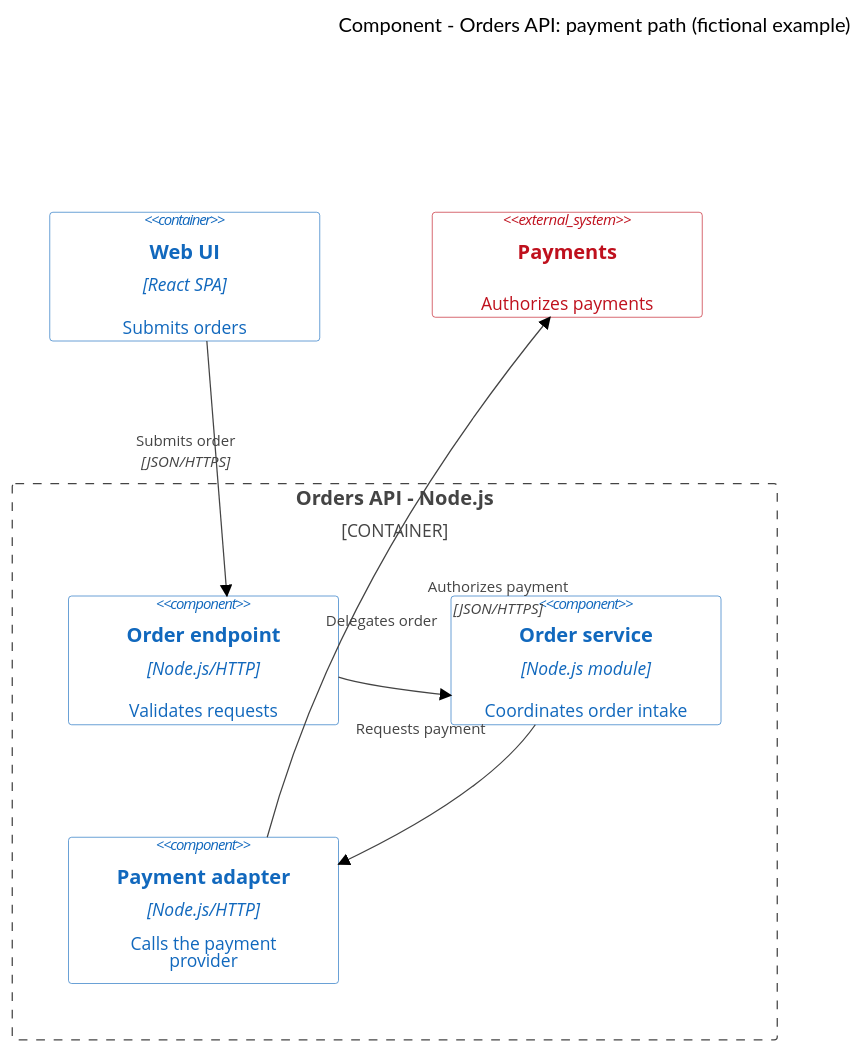
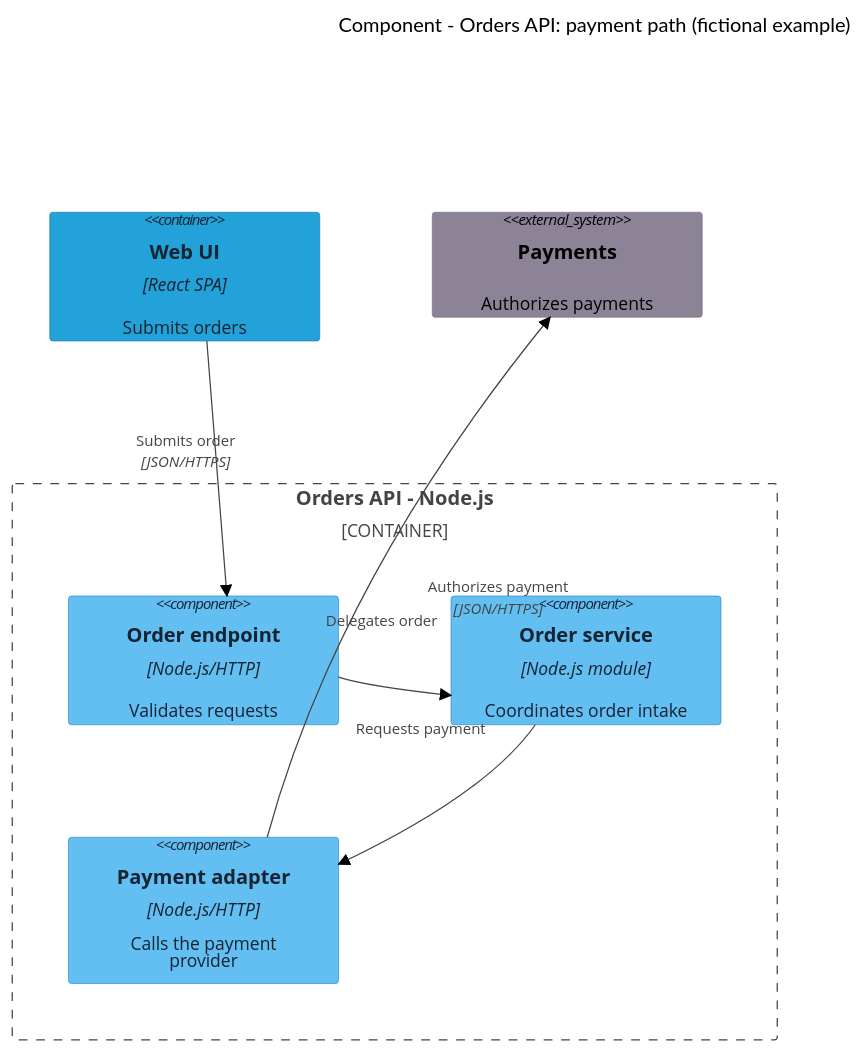
Before and after one commit to eccodolf/c4-mermaid: the diagram in plugins/c4-mermaid/skills/c4-mermaid/assets/templates/component.mmd, drawn with Mermaid (neutral theme). The commit also changed 134 other files, not shown here.

Commit message:
Require supplied native C4 assets and bundle reusable draw.io library

```diff
--- a/plugins/c4-mermaid/skills/c4-mermaid/assets/templates/component.mmd
+++ b/plugins/c4-mermaid/skills/c4-mermaid/assets/templates/component.mmd
@@ -1,36 +1,39 @@
 ---
 config:
   c4:
     c4ShapeMargin: 45
     c4ShapePadding: 10
     diagramMarginX: 15
     diagramMarginY: 15
 ---
 C4Component
 title Component - Orders API: payment path (fictional example)
 Container(web, "Web UI", "React SPA", "Submits orders")
 System_Ext(payments, "Payments", "Authorizes payments")
 Container_Boundary(api, "Orders API - Node.js") {
   Component(endpoint, "Order endpoint", "Node.js/HTTP", "Validates requests")
   Component(service, "Order service", "Node.js module", "Coordinates order intake")
   Component(adapter, "Payment adapter", "Node.js/HTTP", "Calls the payment<br/>provider")
 }
 Rel(web, endpoint, "Submits order", "JSON/HTTPS")
 Rel(endpoint, service, "Delegates order")
 Rel(service, adapter, "Requests payment")
 Rel(adapter, payments, "Authorizes payment", "JSON/HTTPS")
-UpdateElementStyle(web, $bgColor="#FFFFFF", $fontColor="#1168BD", $borderColor="#1168BD")
-UpdateElementStyle(payments, $bgColor="#FFFFFF", $fontColor="#BF101D", $borderColor="#BF101D")
-UpdateElementStyle(endpoint, $bgColor="#FFFFFF", $fontColor="#1168BD", $borderColor="#1168BD")
-UpdateElementStyle(service, $bgColor="#FFFFFF", $fontColor="#1168BD", $borderColor="#1168BD")
-UpdateElementStyle(adapter, $bgColor="#FFFFFF", $fontColor="#1168BD", $borderColor="#1168BD")
+UpdateElementStyle(web, $bgColor="#23A2D9", $fontColor="#152332", $borderColor="#0E7DAD")
+UpdateElementStyle(payments, $bgColor="#8C8496", $fontColor="#000000", $borderColor="#736782")
+UpdateElementStyle(endpoint, $bgColor="#63BEF2", $fontColor="#152332", $borderColor="#2086C9")
+UpdateElementStyle(service, $bgColor="#63BEF2", $fontColor="#152332", $borderColor="#2086C9")
+UpdateElementStyle(adapter, $bgColor="#63BEF2", $fontColor="#152332", $borderColor="#2086C9")
 UpdateRelStyle(web, endpoint, $offsetX="-65", $offsetY="-25")
 UpdateRelStyle(endpoint, service, $offsetX="-55", $offsetY="-55")
 UpdateRelStyle(service, adapter, $offsetX="-65", $offsetY="-55")
 UpdateRelStyle(adapter, payments, $offsetX="15", $offsetY="5")
 UpdateLayoutConfig($c4ShapeInRow="3", $c4BoundaryInRow="1")
 
-%% legend: Blue = Orders elements. Red = external Payments. Only Orders API is expanded; surrounding containers remain collapsed.
-%% legend: Plain component rectangles adapt the original UML-tab glyph. Frame = the selected container. Unrelated persistence and event paths are outside this focused view.
+%% legend: Canonical draw.io C4 roles: dark blue Person, blue System, cyan Container, light cyan Component, muted violet external System. Mermaid glyphs adapt the native assets.
+%% legend: Mermaid component blocks adapt the canonical rounded C4 Component block. Frame = the selected container. Unrelated persistence and event paths are outside this focused view.
 %% legend: Arrows = named dependencies. This focused payment-path view omits unrelated components, without asserting their absence.
 %% legend: Sizes accommodate content and carry no extra architectural meaning. Neutral relationship colors add no extra meaning. Arrowheads indicate the labeled direction.
+
+
+%% legend: Exact C4 shapes require the native draw.io companion; Mermaid syntax cannot import the native assets.
```
